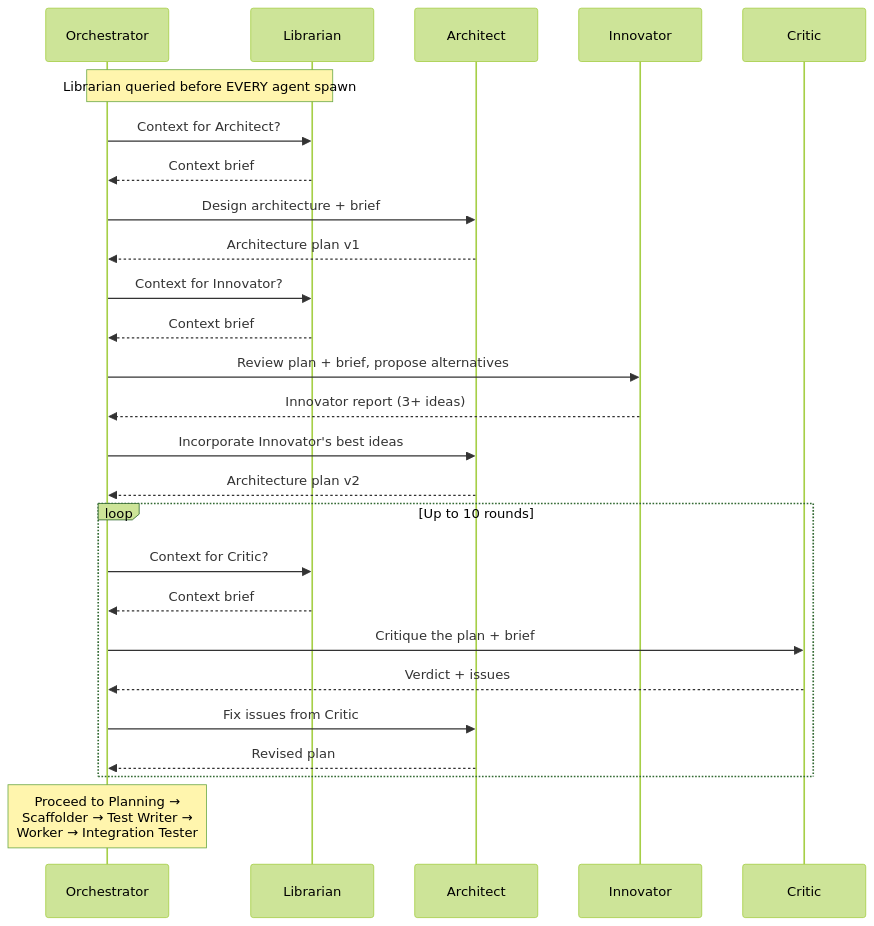
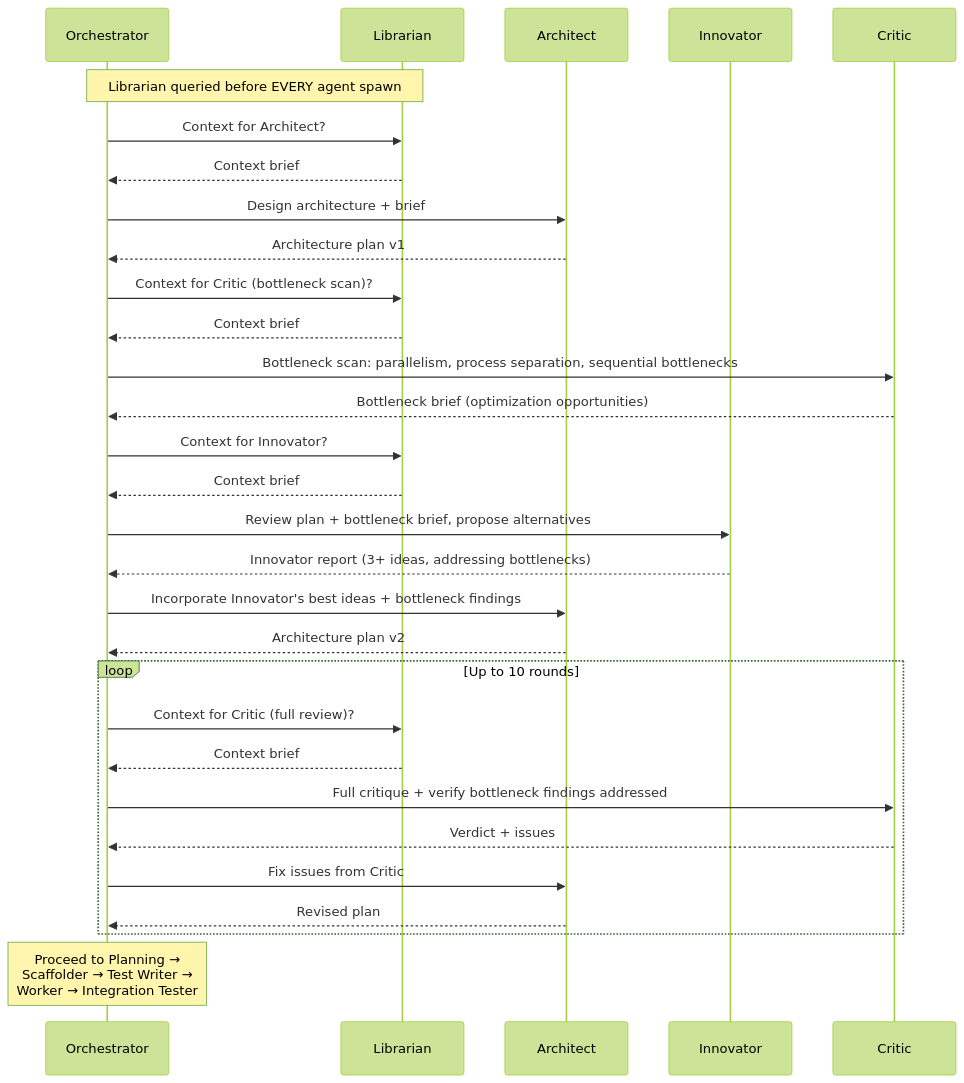
The fourth of 15 diagrams in AGENTS.md (Doumajnik/template), drawn with Mermaid (forest theme) before and after one commit. The commit also changed other lines of this file and 5 other files, not shown here.

Commit message:
feat: add parallelism check to critic agent

````diff
--- a/AGENTS.md
+++ b/AGENTS.md
@@ -177,29 +178,33 @@
 ```mermaid
 sequenceDiagram
     participant O as Orchestrator
     participant LIB as Librarian
     participant A as Architect
     participant IN as Innovator
     participant C as Critic
 
     Note over O,LIB: Librarian queried before EVERY agent spawn
     O->>LIB: Context for Architect?
     LIB-->>O: Context brief
     O->>A: Design architecture + brief
     A-->>O: Architecture plan v1
+    O->>LIB: Context for Critic (bottleneck scan)?
+    LIB-->>O: Context brief
+    O->>C: Bottleneck scan: parallelism, process separation, sequential bottlenecks
+    C-->>O: Bottleneck brief (optimization opportunities)
     O->>LIB: Context for Innovator?
     LIB-->>O: Context brief
-    O->>IN: Review plan + brief, propose alternatives
-    IN-->>O: Innovator report (3+ ideas)
-    O->>A: Incorporate Innovator's best ideas
+    O->>IN: Review plan + bottleneck brief, propose alternatives
+    IN-->>O: Innovator report (3+ ideas, addressing bottlenecks)
+    O->>A: Incorporate Innovator's best ideas + bottleneck findings
     A-->>O: Architecture plan v2
     loop Up to 10 rounds
-        O->>LIB: Context for Critic?
+        O->>LIB: Context for Critic (full review)?
         LIB-->>O: Context brief
-        O->>C: Critique the plan + brief
+        O->>C: Full critique + verify bottleneck findings addressed
         C-->>O: Verdict + issues
         O->>A: Fix issues from Critic
         A-->>O: Revised plan
     end
     Note over O: Proceed to Planning →<br/>Scaffolder → Test Writer →<br/>Worker → Integration Tester
 ```
````
